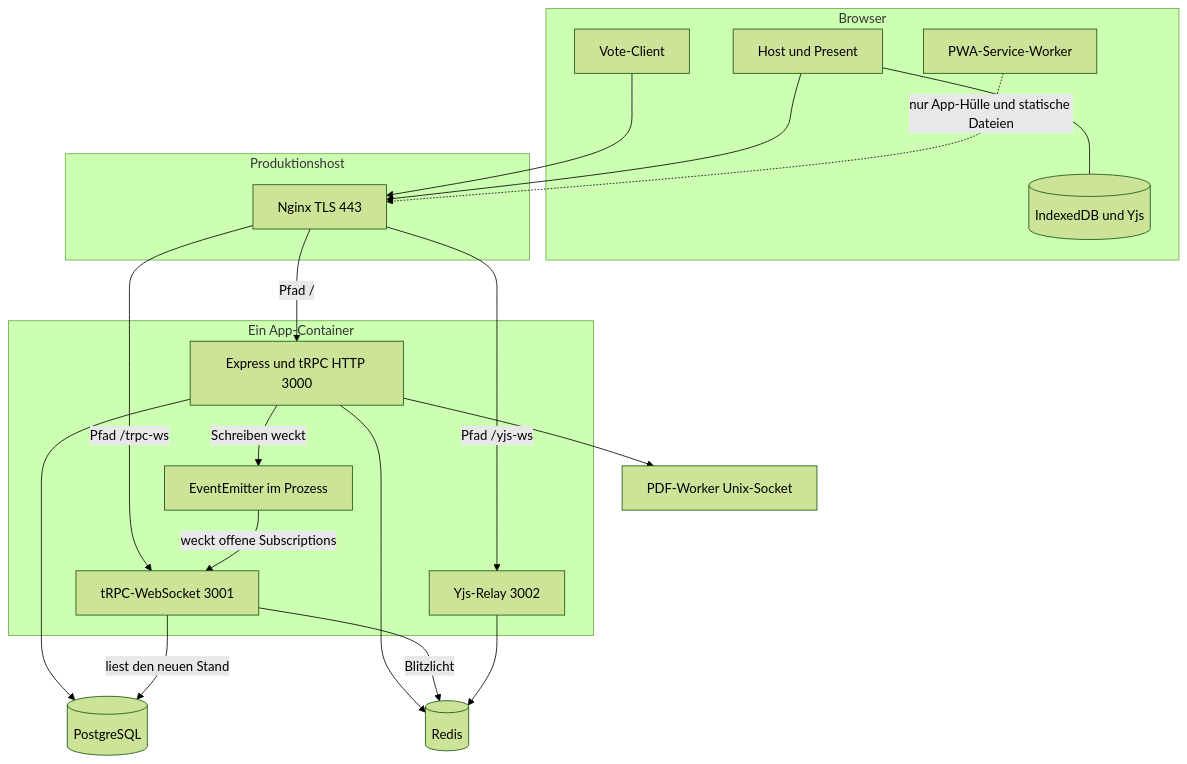
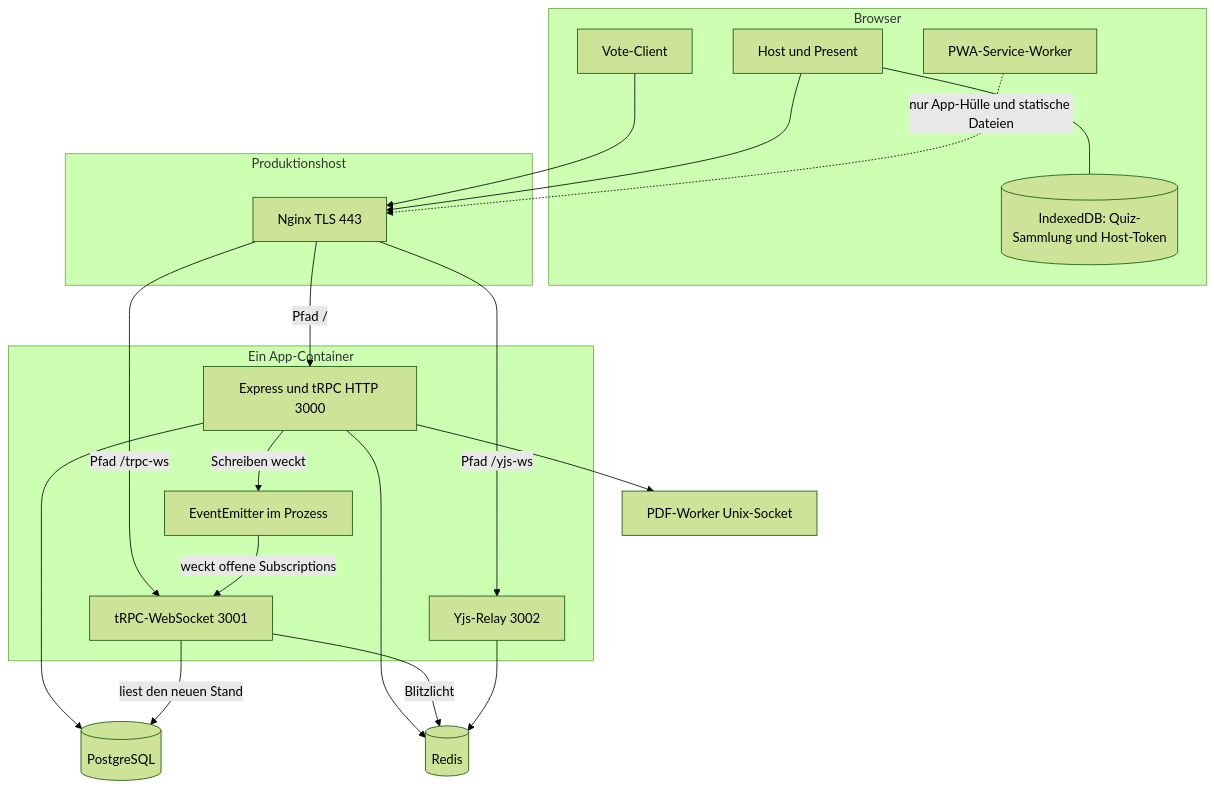
The first of 3 diagrams in docs/diagrams/netzwerkplan.md (jonasyr/arsnova.eu), drawn with Mermaid (forest theme) before and after one commit. The commit also changed other lines of this file, not shown here.

````diff
--- a/docs/diagrams/netzwerkplan.md
+++ b/docs/diagrams/netzwerkplan.md
@@ -15,42 +19,42 @@
 ```mermaid
 flowchart TB
   subgraph browser [Browser]
     vote[Vote-Client]
     host[Host und Present]
     sw[PWA-Service-Worker]
-    idb[(IndexedDB und Yjs)]
+    idb[("IndexedDB: Quiz-Sammlung und Host-Token")]
   end
 
   subgraph edge [Produktionshost]
     nginx[Nginx TLS 443]
   end
 
   subgraph app [Ein App-Container]
     http[Express und tRPC HTTP 3000]
     ws[tRPC-WebSocket 3001]
     yjs[Yjs-Relay 3002]
     signal[EventEmitter im Prozess]
   end
 
   pg[(PostgreSQL)]
   redis[(Redis)]
   pdf[PDF-Worker Unix-Socket]
 
   vote --> nginx
   host --> nginx
   host --- idb
   sw -.->|nur App-Hülle und statische Dateien| nginx
 
   nginx -->|Pfad /| http
   nginx -->|Pfad /trpc-ws| ws
   nginx -->|Pfad /yjs-ws| yjs
 
   http --> pg
   http --> redis
   http --> pdf
   http -->|Schreiben weckt| signal
   signal -->|weckt offene Subscriptions| ws
   ws -->|liest den neuen Stand| pg
   ws -->|Blitzlicht| redis
   yjs --> redis
 ```
````
